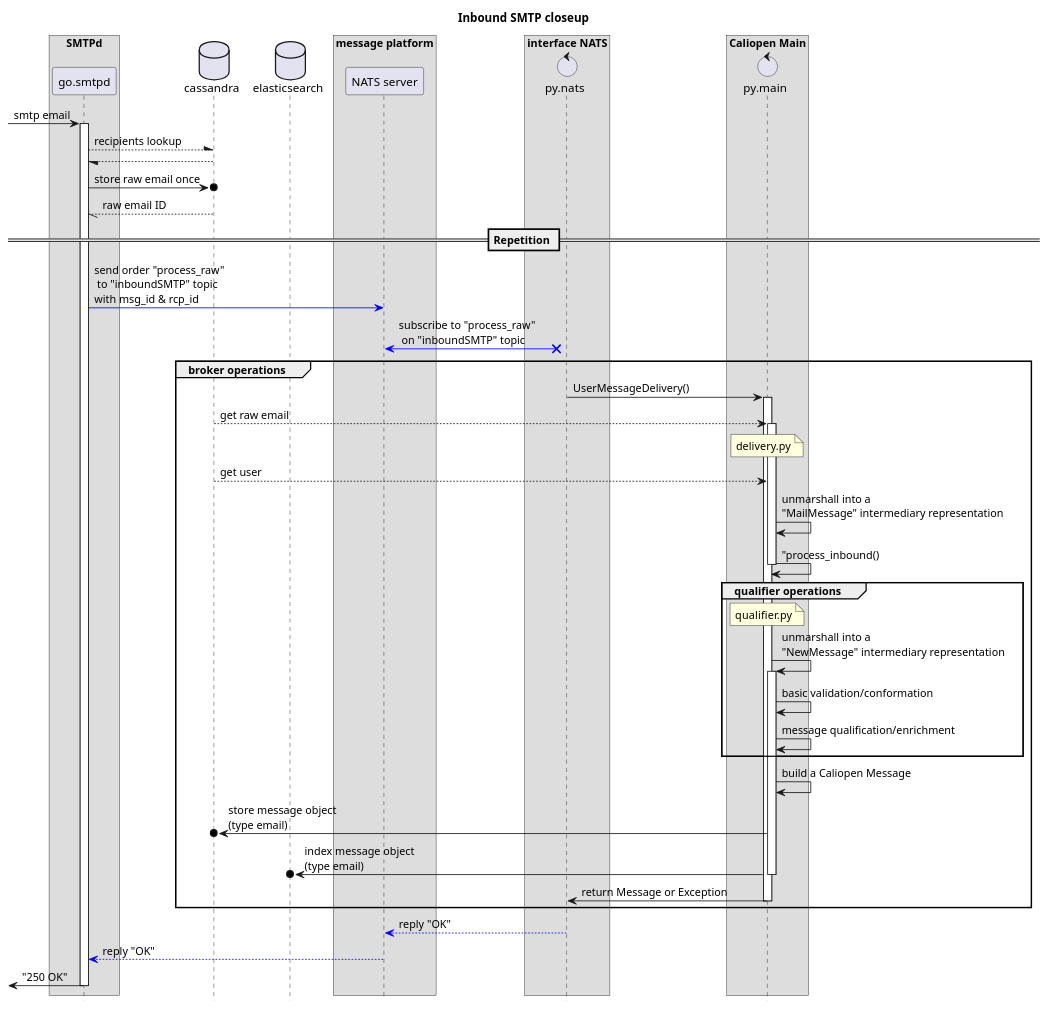
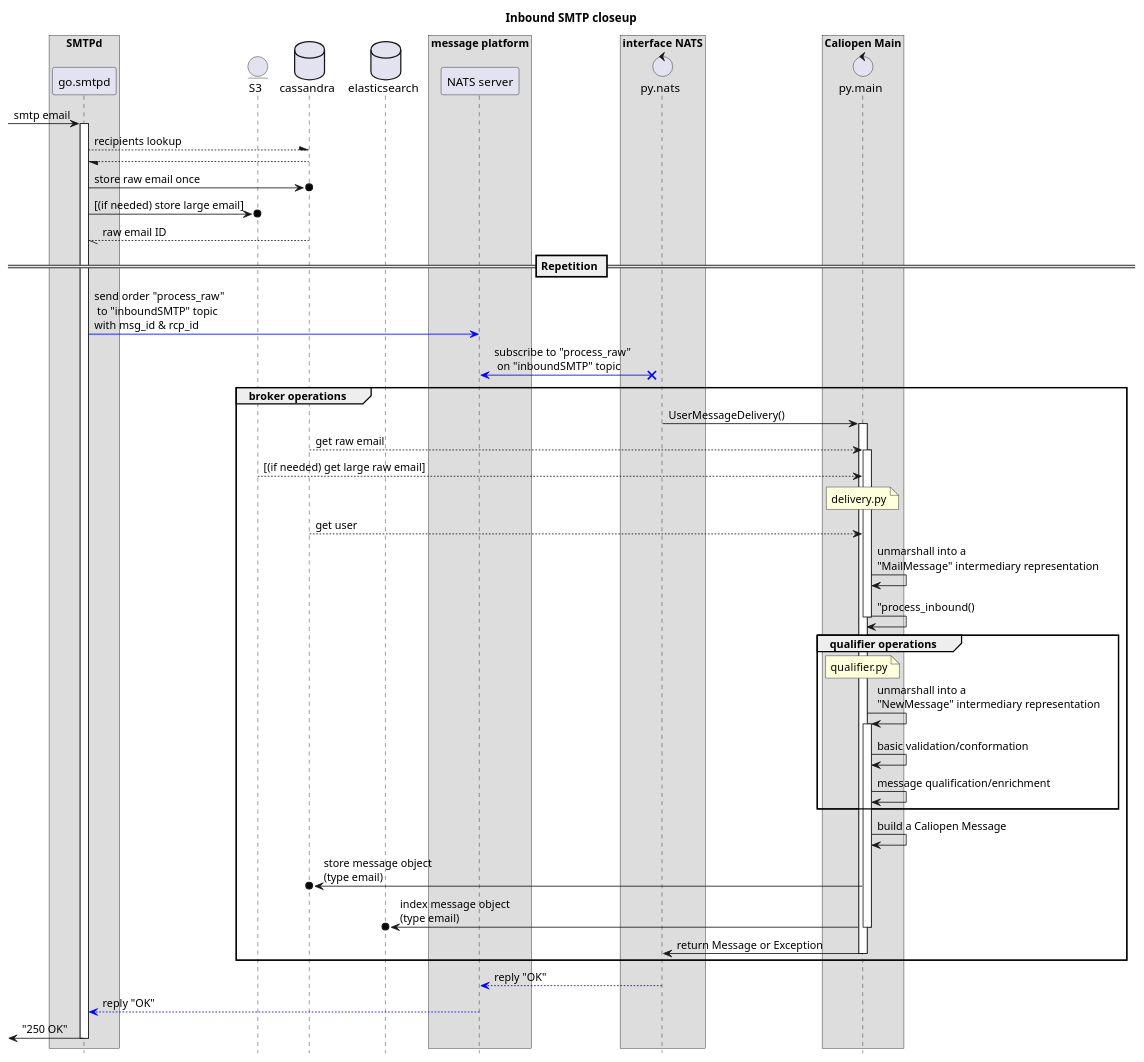
Before and after one commit to oricis/Caliopen: the diagram in doc/UML/smtp-delivery-inbound-closeup.puml, drawn with PlantUML. The commit also changed 7 other files, not shown here.

```diff
--- a/doc/UML/smtp-delivery-inbound-closeup.puml
+++ b/doc/UML/smtp-delivery-inbound-closeup.puml
@@ -1,56 +1,59 @@
 @startuml
 hide footbox
 title Inbound SMTP closeup
 box "SMTPd"
 participant "go.smtpd" as smtpd
 endbox
+entity S3
 database cassandra
 database elasticsearch
 box "message platform"
 participant "NATS server" as nats
 endbox
 box "interface NATS"
 control "py.nats" as pynats
 endbox
 box "Caliopen Main"
 control "py.main" as pymain
 endbox
 box
 [-> smtpd: smtp email
 activate smtpd
 smtpd --\ cassandra: recipients lookup
 cassandra --/ smtpd
 smtpd ->o cassandra: store raw email once
+smtpd ->o S3: [(if needed) store large email]
 cassandra --// smtpd: raw email ID
 == Repetition ==
 smtpd -[#0000FF]> nats: send order "process_raw"\n to "inboundSMTP" topic\nwith msg_id & rcp_id
 pynats x[#0000FF]-> nats: subscribe to "process_raw"\n on "inboundSMTP" topic
 group broker operations
 pynats -> pymain: UserMessageDelivery()
 activate pymain
 cassandra --> pymain: get raw email
 activate pymain
+S3 --> pymain:[(if needed) get large raw email]
 note over pymain: delivery.py
 cassandra --> pymain: get user
 pymain -> pymain: unmarshall into a\n"MailMessage" intermediary representation
 pymain -> pymain: "process_inbound()
 deactivate pymain
 group qualifier operations
 note over pymain: qualifier.py
 pymain -> pymain: unmarshall into a\n"NewMessage" intermediary representation
 activate pymain
 pymain -> pymain: basic validation/conformation
 pymain -> pymain: message qualification/enrichment
 end
 pymain -> pymain: build a Caliopen Message
 pymain ->o cassandra: store message object\n(type email)
 pymain ->o elasticsearch: index message object\n(type email)
 deactivate pymain
 pymain -> pynats: return Message or Exception
 deactivate pymain
 end
 pynats -[#0000FF]-> nats: reply "OK"
 nats -[#0000FF]-> smtpd: reply "OK"
 [<- smtpd: "250 OK"
 deactivate smtpd
 @enduml
```
